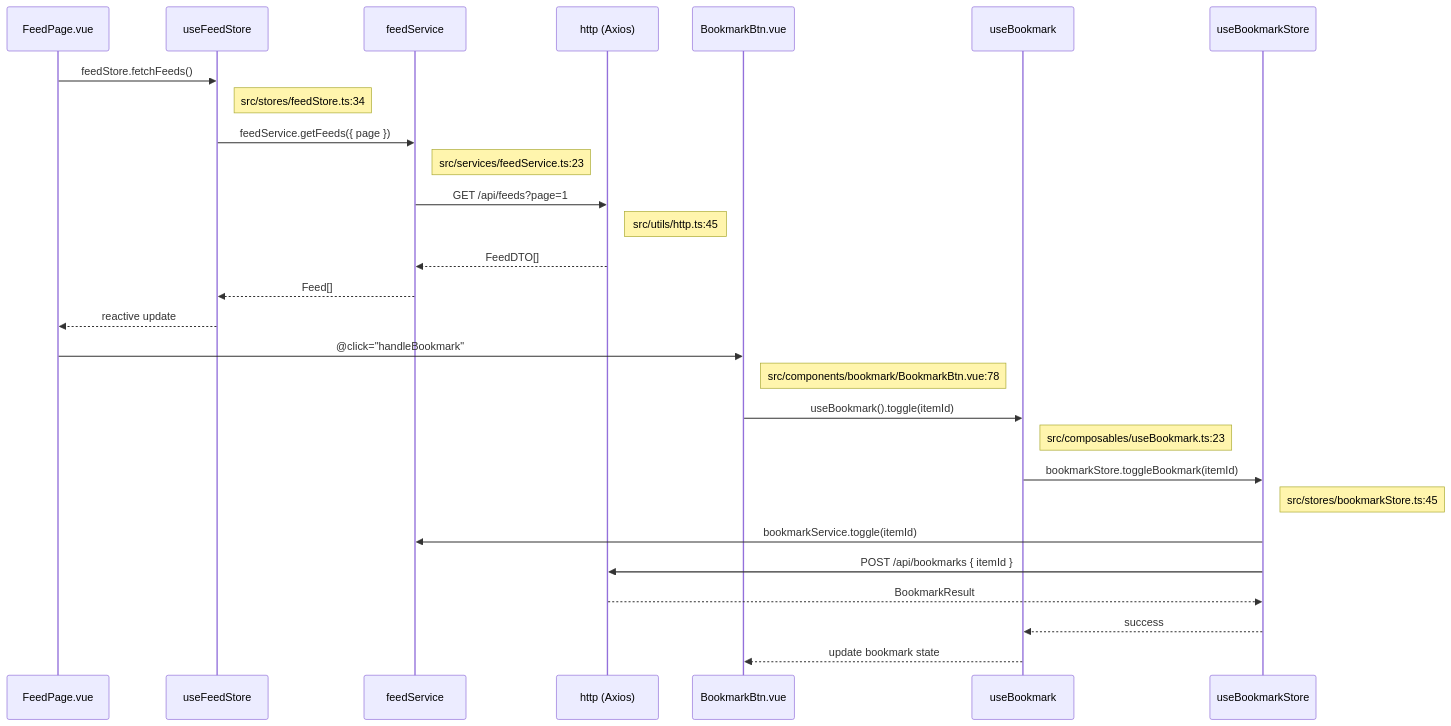
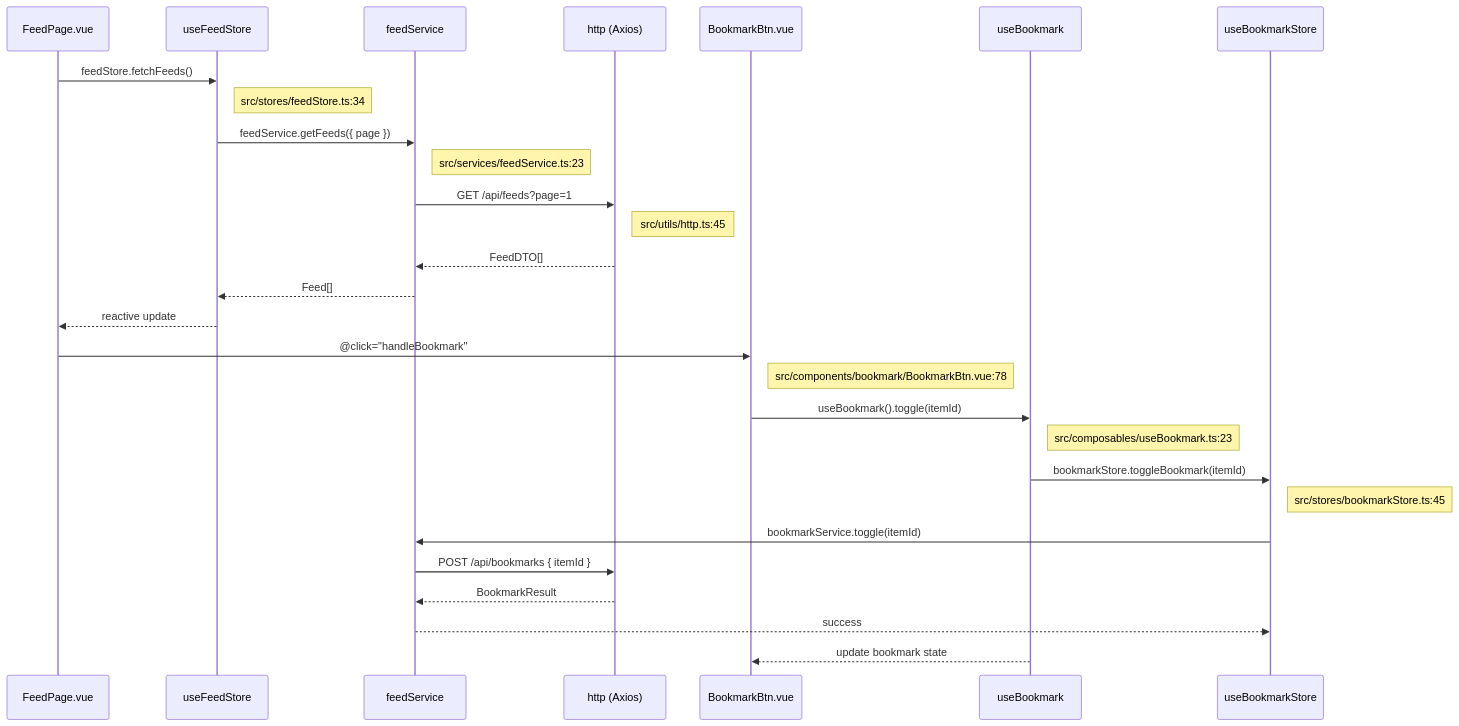
The fourth of 5 diagrams in references/vue-template.md (CaostGrace/project-arch-reverse), drawn with Mermaid before and after one commit. The commit also changed 7 other files, not shown here.

First line of the commit message:
fix: 修复所有模板Mermaid图表错误 + 更新排查规范

````diff
--- a/references/vue-template.md
+++ b/references/vue-template.md
@@ -369,32 +369,32 @@
 ```mermaid
 sequenceDiagram
     participant Page as FeedPage.vue
     participant Store as useFeedStore
     participant Service as feedService
     participant API as http (Axios)
     participant Btn as BookmarkBtn.vue
     participant Comp as useBookmark
     participant BStore as useBookmarkStore
 
     Page->>Store: feedStore.fetchFeeds()
     Note right of Store:  src/stores/feedStore.ts:34
     Store->>Service: feedService.getFeeds({ page })
     Note right of Service:  src/services/feedService.ts:23
     Service->>API: GET /api/feeds?page=1
     Note right of API:  src/utils/http.ts:45
     API-->>Service: FeedDTO[]
     Service-->>Store: Feed[]
     Store-->>Page: reactive update
 
     Page->>Btn: @click="handleBookmark"
     Note right of Btn:  src/components/bookmark/BookmarkBtn.vue:78
     Btn->>Comp: useBookmark().toggle(itemId)
     Note right of Comp:  src/composables/useBookmark.ts:23
     Comp->>BStore: bookmarkStore.toggleBookmark(itemId)
     Note right of BStore:  src/stores/bookmarkStore.ts:45
     BStore->>Service: bookmarkService.toggle(itemId)
-    BStore->>API: POST /api/bookmarks { itemId }
-    API-->>BStore: BookmarkResult
-    BStore-->>Comp: success
+    Service->>API: POST /api/bookmarks { itemId }
+    API-->>Service: BookmarkResult
+    Service-->>BStore: success
     Comp-->>Btn: update bookmark state
 ```
````
